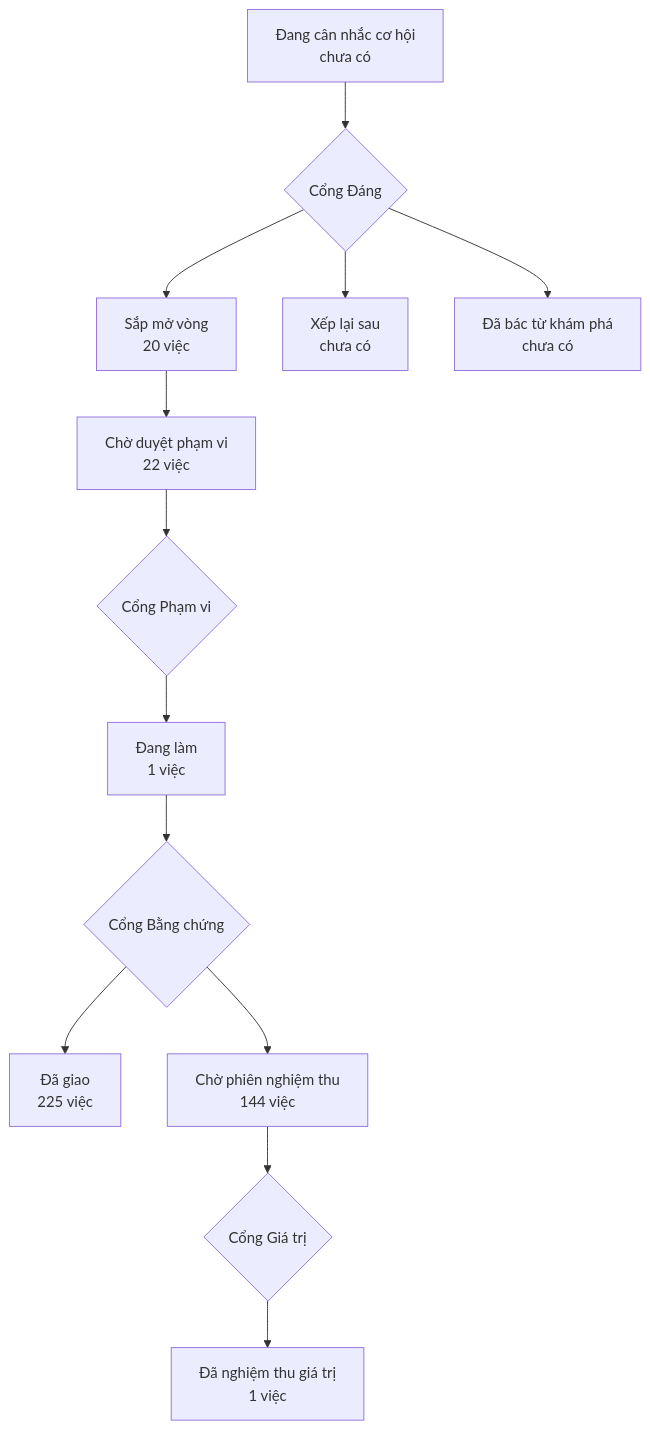
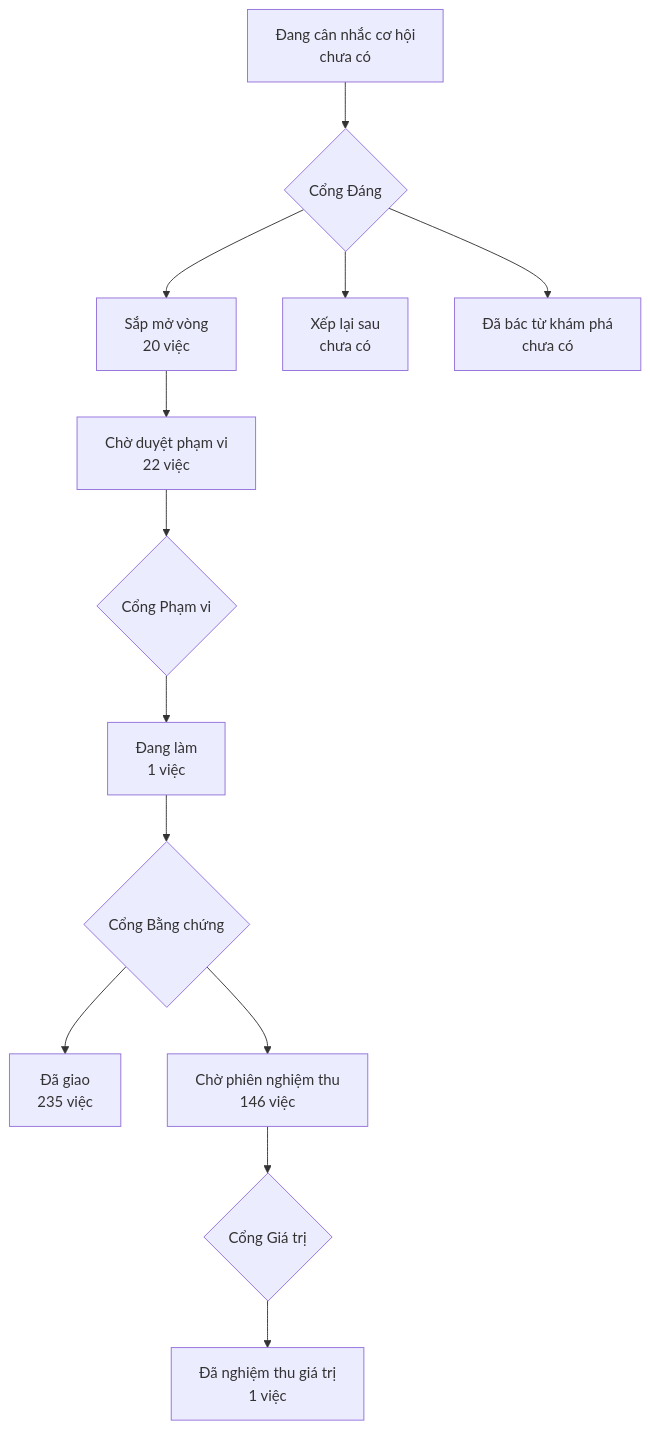
One commit to phanlemanh/onehub-invest changed the diagram in PRODUCT-MAP.md. Above: the diagram before and after it, drawn with Mermaid. The commit also changed other lines of this file and 1 other file, not shown here.

````diff
--- a/PRODUCT-MAP.md
+++ b/PRODUCT-MAP.md
@@ -7,12 +7,12 @@
 ```mermaid
 flowchart TD
   A["Đang cân nhắc cơ hội<br/>chưa có"] --> GD{"Cổng Đáng"}
   GD --> B["Sắp mở vòng<br/>20 việc"]
   GD --> XL["Xếp lại sau<br/>chưa có"]
   GD --> DB["Đã bác từ khám phá<br/>chưa có"]
   B --> CD["Chờ duyệt phạm vi<br/>22 việc"] --> GP{"Cổng Phạm vi"}
   GP --> DL["Đang làm<br/>1 việc"] --> GB{"Cổng Bằng chứng"}
-  GB --> DG["Đã giao<br/>225 việc"]
-  GB --> CN["Chờ phiên nghiệm thu<br/>144 việc"] --> GG{"Cổng Giá trị"}
+  GB --> DG["Đã giao<br/>235 việc"]
+  GB --> CN["Chờ phiên nghiệm thu<br/>146 việc"] --> GG{"Cổng Giá trị"}
   GG --> NT["Đã nghiệm thu giá trị<br/>1 việc"]
 ```
````
